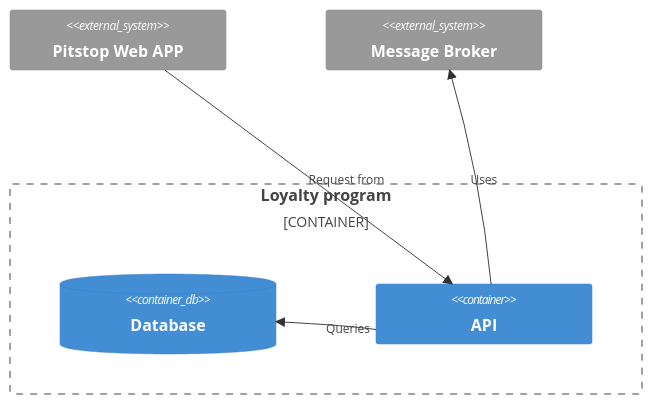
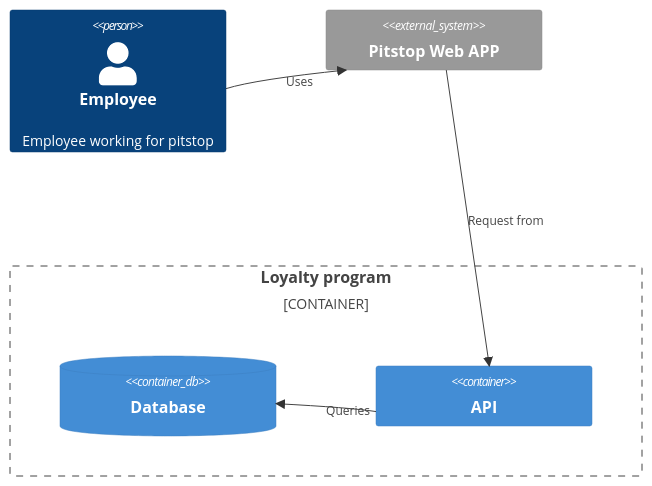
Before and after one commit to Kafune/devops-pitstop-loyaliteitsprogramma: the second of 2 diagrams in README.md, drawn with Mermaid.

Commit message:
Gevraagde aanpassingen aangepast

````diff
--- a/README.md
+++ b/README.md
@@ -198,12 +198,12 @@
 ```mermaid
 C4Container
     Container_Boundary(c1, "Loyalty program") {
         ContainerDb(DatabaseA, Database, "")
         Container(SystemA, API, "")
     }
+    Person(Employee, Employee, "Employee working for pitstop")
     System_Ext(SystemB, Pitstop Web APP, "")
-    System_Ext(SystemC, Message Broker, "")
     Rel_D(SystemB, SystemA, "Request from")
     Rel_R(SystemA, DatabaseA, "Queries")
-    Rel_D(SystemA, SystemC, "Uses")
+    Rel_D(Employee, SystemB, "Uses")
 ```
````
